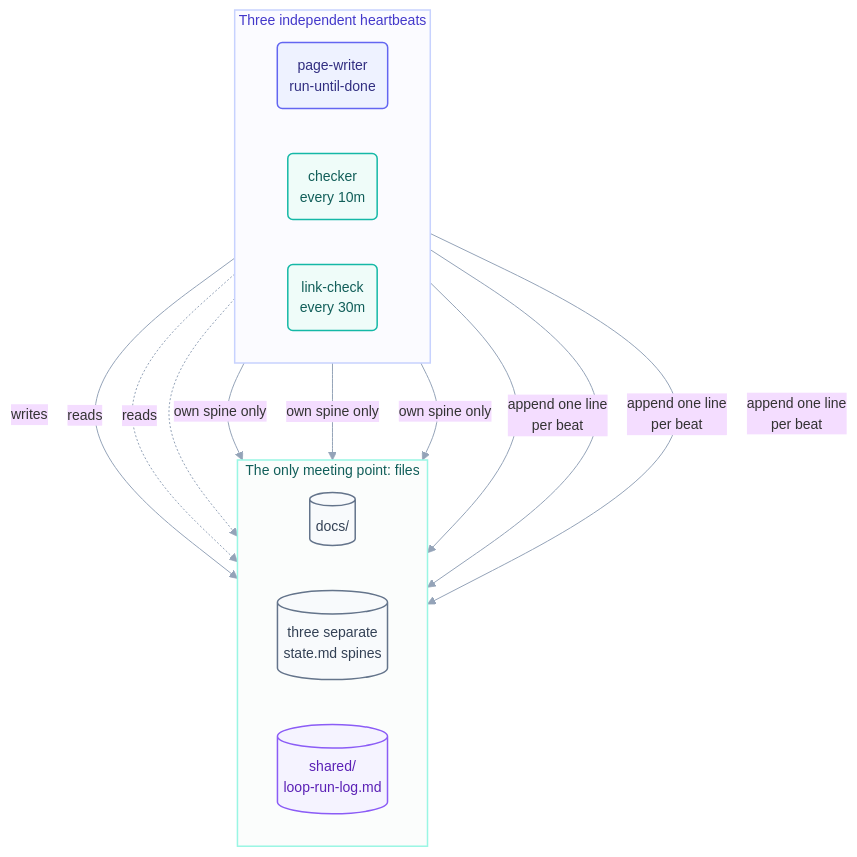
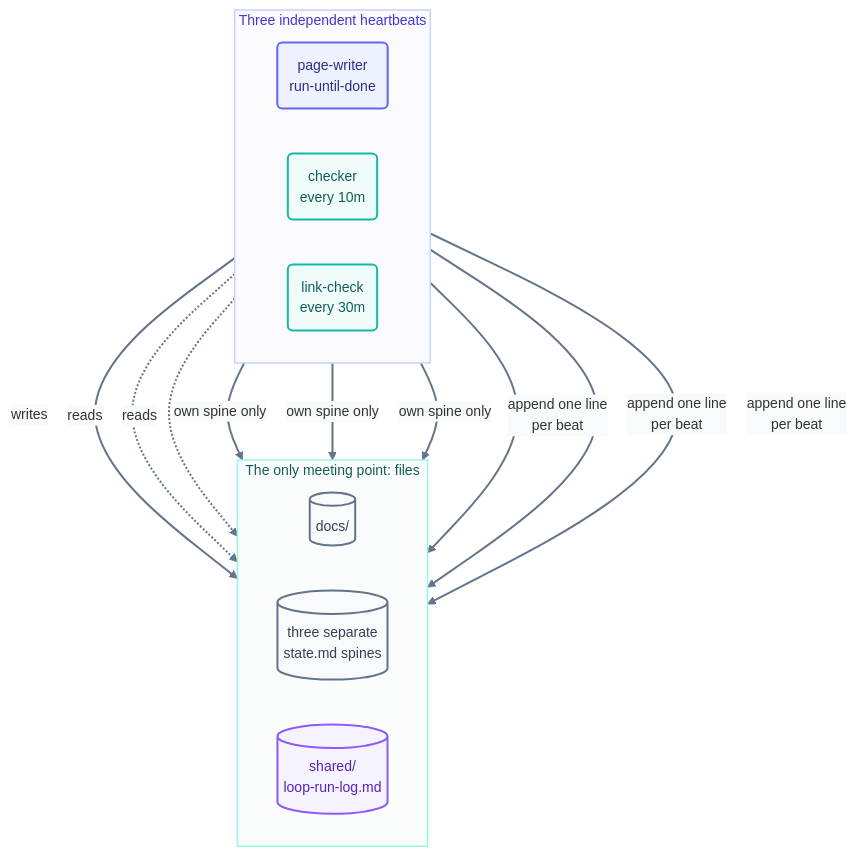
The diagram in loops/README.md (ayeshakhalid192007-dev/LoopEngineering-CrashCourse), drawn with Mermaid before and after one commit. The commit also changed 66 other files, not shown here.

First line of the commit message:
docs(diagrams): bolden and unify all 70 mermaid diagrams

````diff
--- a/loops/README.md
+++ b/loops/README.md
@@ -56,27 +56,28 @@
 ```mermaid
-%%{init: {'theme':'base','themeVariables':{'fontFamily':'ui-sans-serif, system-ui, sans-serif','fontSize':'14px','lineColor':'#94a3b8'},'flowchart':{'curve':'basis','nodeSpacing':45,'rankSpacing':55,'padding':12}}}%%
+%%{init: {'theme':'base','themeVariables':{'fontFamily':'ui-sans-serif, system-ui, sans-serif','fontSize':'14px','lineColor':'#64748b','edgeLabelBackground':'#f8fafc'},'flowchart':{'curve':'basis','nodeSpacing':45,'rankSpacing':55,'padding':12}}}%%
 flowchart TB
     subgraph HEARTBEATS ["Three independent heartbeats"]
       direction LR
       PW("page-writer<br/>run-until-done"):::maker
       CK("checker<br/>every 10m"):::check
       LC("link-check<br/>every 30m"):::check
     end
     subgraph FILES ["The only meeting point: files"]
       direction LR
       DOCS[("docs/")]:::file
       SPINES[("three separate<br/>state.md spines")]:::file
       LOG[("shared/<br/>loop-run-log.md")]:::log
     end
     PW -->|writes| DOCS
     CK -.->|reads| DOCS
     LC -.->|reads| DOCS
     PW & CK & LC -->|own spine only| SPINES
     PW & CK & LC -->|append one line<br/>per beat| LOG
-    classDef maker fill:#eef2ff,stroke:#6366f1,stroke-width:1.5px,color:#312e81;
-    classDef check fill:#effcf9,stroke:#14b8a6,stroke-width:1.5px,color:#115e59;
-    classDef file fill:#f8fafc,stroke:#64748b,stroke-width:1.5px,color:#334155;
-    classDef log fill:#f5f3ff,stroke:#8b5cf6,stroke-width:1.5px,color:#5b21b6;
+    linkStyle default stroke:#64748b,stroke-width:2px;
+    classDef maker fill:#eef2ff,stroke:#6366f1,stroke-width:2px,color:#312e81;
+    classDef check fill:#effcf9,stroke:#14b8a6,stroke-width:2px,color:#115e59;
+    classDef file fill:#f8fafc,stroke:#64748b,stroke-width:2px,color:#334155;
+    classDef log fill:#f5f3ff,stroke:#8b5cf6,stroke-width:2px,color:#5b21b6;
     style HEARTBEATS fill:#fbfbff,stroke:#c7d2fe,stroke-width:1.5px,color:#4338ca;
     style FILES fill:#fbfdfc,stroke:#99f6e4,stroke-width:1.5px,color:#115e59;
 ```
````
